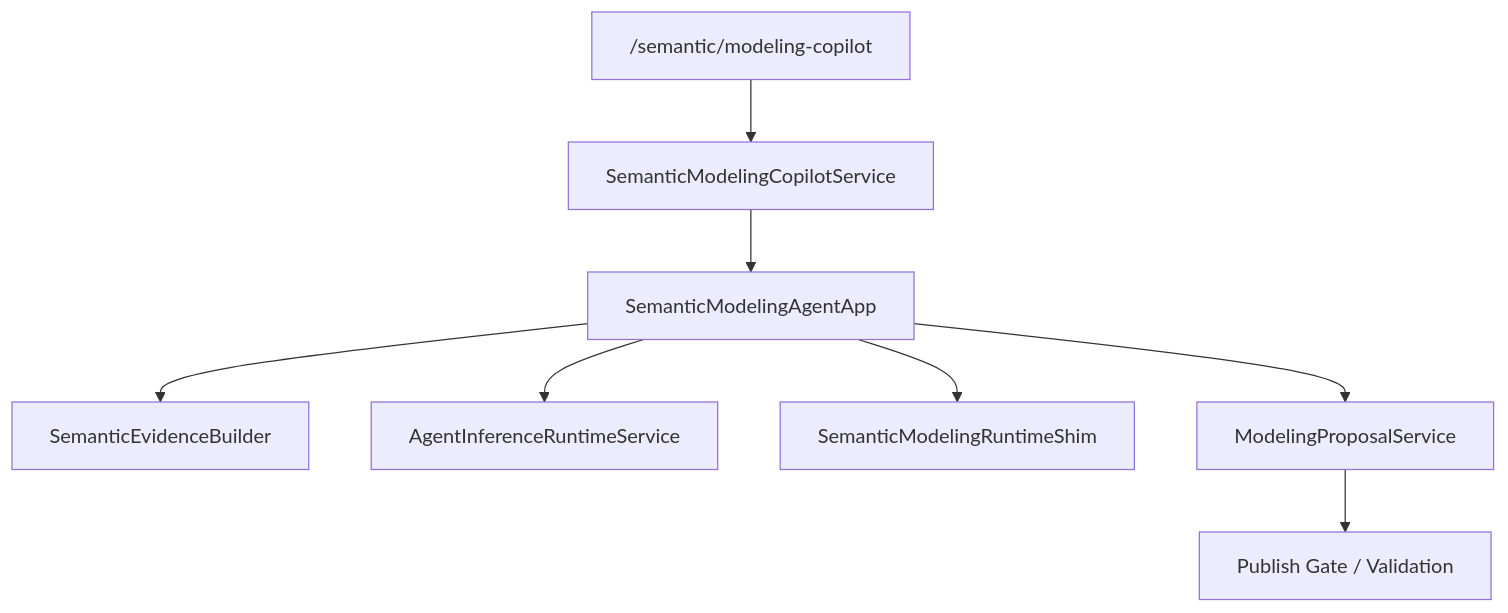
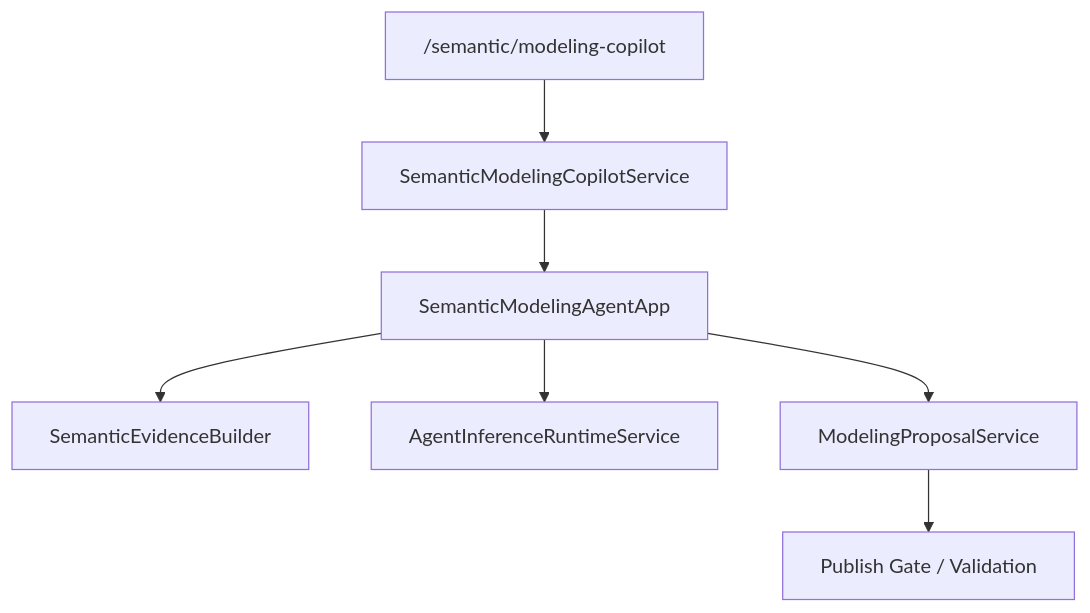
One commit to xza-m/cubic3-data-platform changed the third of 3 diagrams in docs/architecture/agent-runtime-platform.md. Above: the diagram before and after it, drawn with Mermaid. The commit also changed other lines of this file, not shown here.

Commit message:
docs: refine agent runtime config design

````diff
--- a/docs/architecture/agent-runtime-platform.md
+++ b/docs/architecture/agent-runtime-platform.md
@@ -571,10 +612,9 @@
 ```mermaid
 flowchart TD
   UI["/semantic/modeling-copilot"] --> Service["SemanticModelingCopilotService"]
   Service --> App["SemanticModelingAgentApp"]
   App --> Evidence["SemanticEvidenceBuilder"]
   App --> Runtime["AgentInferenceRuntimeService"]
-  App --> Shim["SemanticModelingRuntimeShim"]
   App --> Proposal["ModelingProposalService"]
   Proposal --> Gate["Publish Gate / Validation"]
 ```
````
